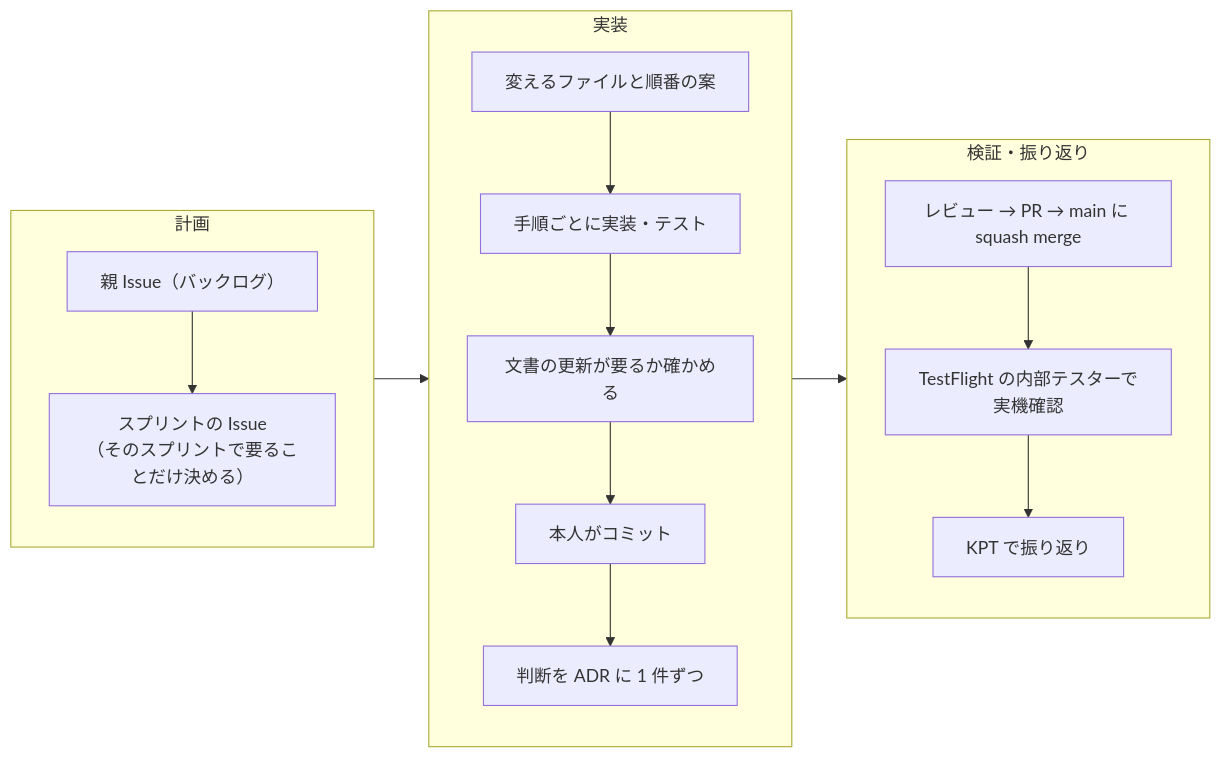
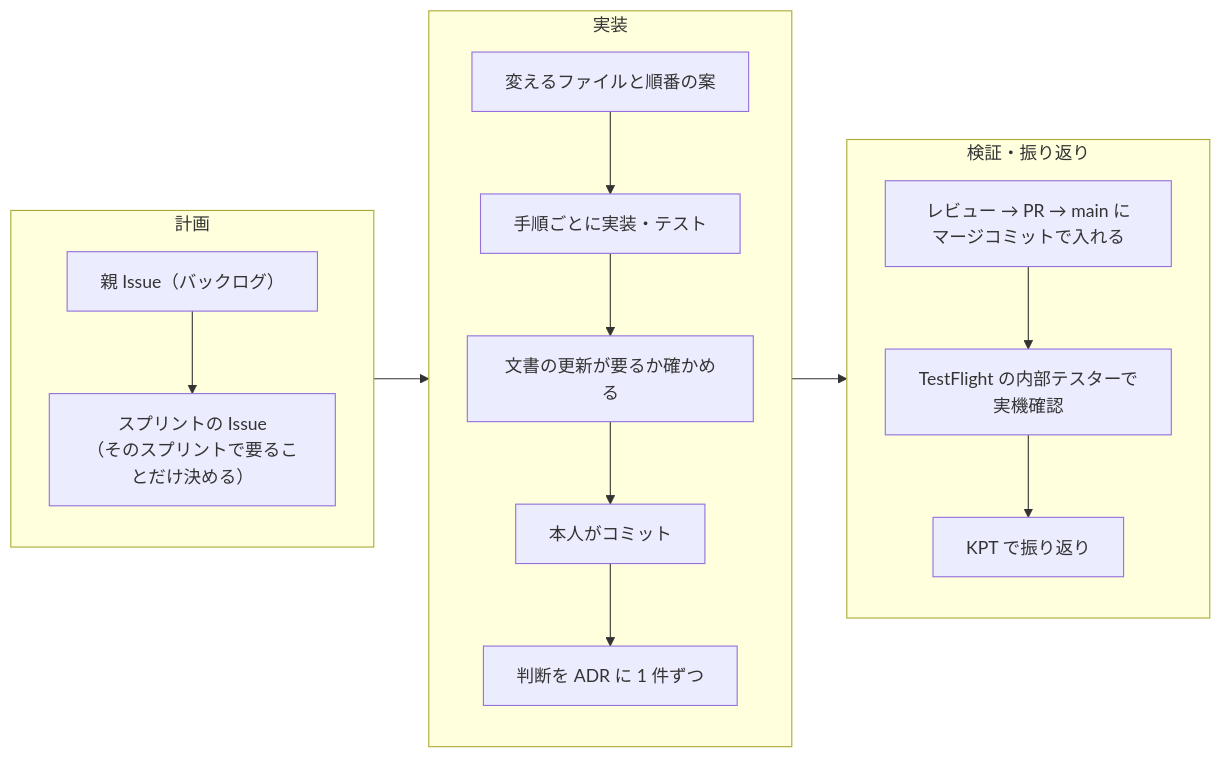
The diagram in docs/development_process.md (omomi-moti/Karaoke_support), drawn with Mermaid before and after one commit. The commit also changed other lines of this file and 1 other file, not shown here.

Commit message:
docs: squash merge をやめ、マージコミットで入れる

````diff
--- a/docs/development_process.md
+++ b/docs/development_process.md
@@ -21,20 +21,20 @@
 ```mermaid
 flowchart LR
     subgraph G1["計画"]
         direction TB
         P["親 Issue（バックログ）"] --> S["スプリントの Issue<br/>（そのスプリントで要ることだけ決める）"]
     end
     subgraph G2["実装"]
         direction TB
         PL["変えるファイルと順番の案"] --> ST["手順ごとに実装・テスト"]
         ST --> DOC["文書の更新が要るか確かめる"]
         DOC --> CM["本人がコミット"]
         CM --> ADR["判断を ADR に 1 件ずつ"]
     end
     subgraph G3["検証・振り返り"]
         direction TB
-        RV["レビュー → PR → main に squash merge"] --> TF["TestFlight の内部テスターで実機確認"]
+        RV["レビュー → PR → main にマージコミットで入れる"] --> TF["TestFlight の内部テスターで実機確認"]
         TF --> KPT["KPT で振り返り"]
     end
     G1 --> G2 --> G3
 ```
````
